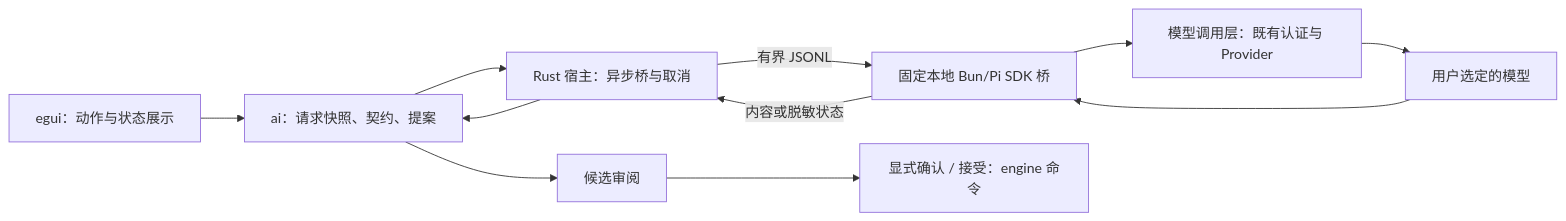
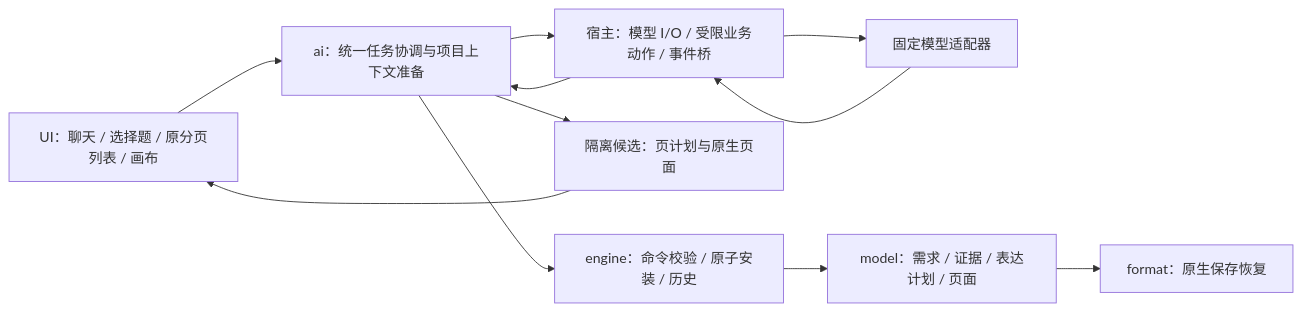
Before and after one commit to hyperlook/deckcraft: the first of 3 diagrams in docs/rfcs/ai-assistant-architecture.md, drawn with Mermaid. The commit also changed other lines of this file and 47 other files, not shown here.

````diff
--- a/docs/rfcs/ai-assistant-architecture.md
+++ b/docs/rfcs/ai-assistant-architecture.md
@@ -54,13 +7,13 @@
 ```mermaid
 flowchart LR
-    UI[egui：动作与状态展示] --> AI[ai：请求快照、契约、提案]
-    AI --> HOST[Rust 宿主：异步桥与取消]
-    HOST -->|有界 JSONL| BRIDGE[固定本地 Bun/Pi SDK 桥]
-    BRIDGE --> RUNTIME[模型调用层：既有认证与 Provider]
-    RUNTIME --> MODEL[用户选定的模型]
-    MODEL --> BRIDGE
-    BRIDGE -->|内容或脱敏状态| HOST
-    HOST --> AI
-    AI --> REVIEW[候选审阅]
-    REVIEW --> ENGINE[显式确认 / 接受：engine 命令]
+    UI[UI：聊天 / 选择题 / 原分页列表 / 画布] --> A[ai：统一任务协调与项目上下文准备]
+    A --> H[宿主：模型 I/O / 受限业务动作 / 事件桥]
+    H --> M[固定模型适配器]
+    M --> H
+    H --> A
+    A --> D[隔离候选：页计划与原生页面]
+    D --> UI
+    A --> E[engine：命令校验 / 原子安装 / 历史]
+    E --> P[model：需求 / 证据 / 表达计划 / 页面]
+    P --> F[format：原生保存恢复]
 ```
````
